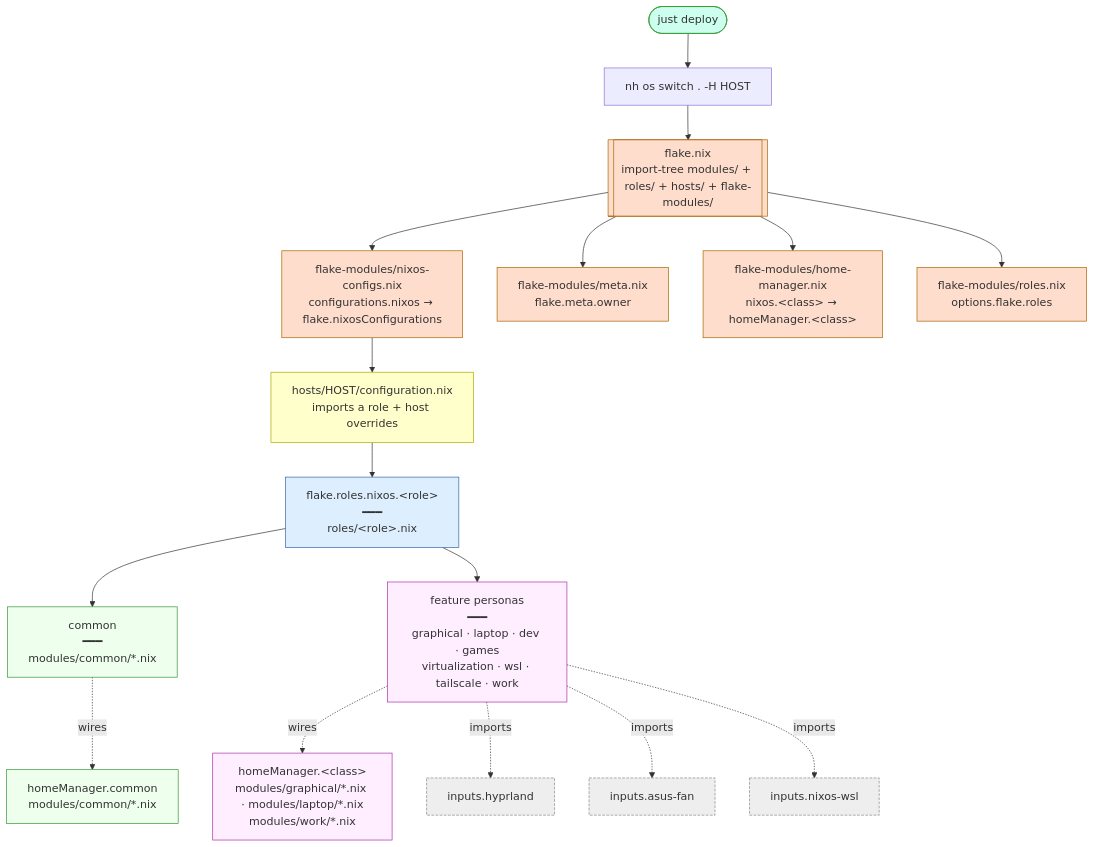
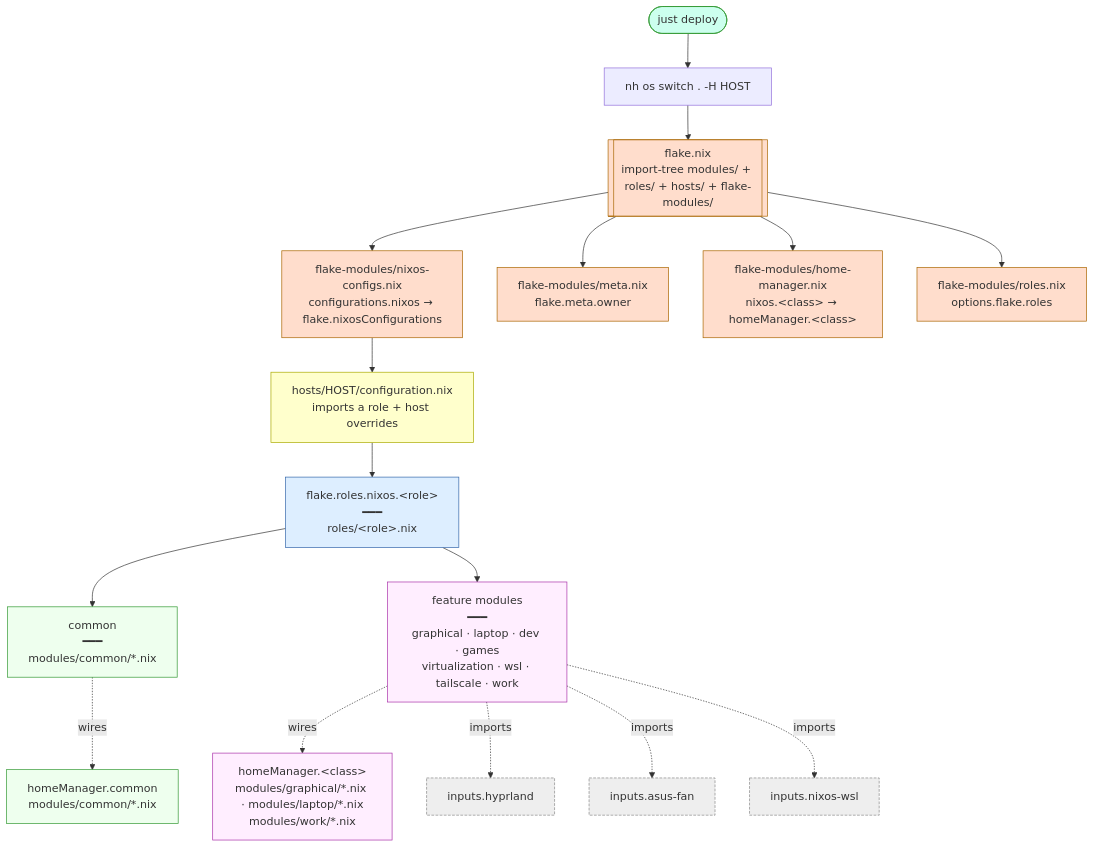
Before and after one commit to samling/nixos-config: the diagram in NIX.md, drawn with Mermaid. The commit also changed other lines of this file and 1 other file, not shown here.

First line of the commit message:
docs: drop "persona", call them modules

````diff
--- a/NIX.md
+++ b/NIX.md
@@ -162,33 +162,33 @@
 ```mermaid
 flowchart TB
     U([just deploy]):::entry
     U --> R[nh os switch . -H HOST]
     R --> F[[flake.nix<br/>import-tree modules/ + roles/ + hosts/ + flake-modules/]]:::flake
 
     F --> CFG[flake-modules/nixos-configs.nix<br/>configurations.nixos → flake.nixosConfigurations]:::flake
     F --> META[flake-modules/meta.nix<br/>flake.meta.owner]:::flake
     F --> HMW[flake-modules/home-manager.nix<br/>nixos.&lt;class&gt; → homeManager.&lt;class&gt;]:::flake
     F --> ROPT[flake-modules/roles.nix<br/>options.flake.roles]:::flake
 
     CFG --> HOST[hosts/HOST/configuration.nix<br/>imports a role + host overrides]:::host
 
     HOST --> ROLE[flake.roles.nixos.&lt;role&gt;<br/>━━━<br/>roles/&lt;role&gt;.nix]:::role
 
     ROLE --> commonC[common<br/>━━━<br/>modules/common/*.nix]:::always
-    ROLE --> featC[feature personas<br/>━━━<br/>graphical · laptop · dev · games<br/>virtualization · wsl · tailscale · work]:::feature
+    ROLE --> featC[feature modules<br/>━━━<br/>graphical · laptop · dev · games<br/>virtualization · wsl · tailscale · work]:::feature
 
     commonC -. wires .-> hmC[homeManager.common<br/>modules/common/*.nix]:::always
     featC -. wires .-> hmF[homeManager.&lt;class&gt;<br/>modules/graphical/*.nix · modules/laptop/*.nix<br/>modules/work/*.nix]:::feature
 
     featC -. imports .-> ih[inputs.hyprland]:::input
     featC -. imports .-> ia[inputs.asus-fan]:::input
     featC -. imports .-> iw[inputs.nixos-wsl]:::input
 
     classDef entry fill:#cfe,stroke:#393
     classDef flake fill:#fdc,stroke:#a60
     classDef host fill:#ffc,stroke:#aa0
     classDef role fill:#def,stroke:#36a
     classDef always fill:#efe,stroke:#393
     classDef feature fill:#fef,stroke:#a3a
     classDef input fill:#eee,stroke:#888,stroke-dasharray:4 2
 ```
````
